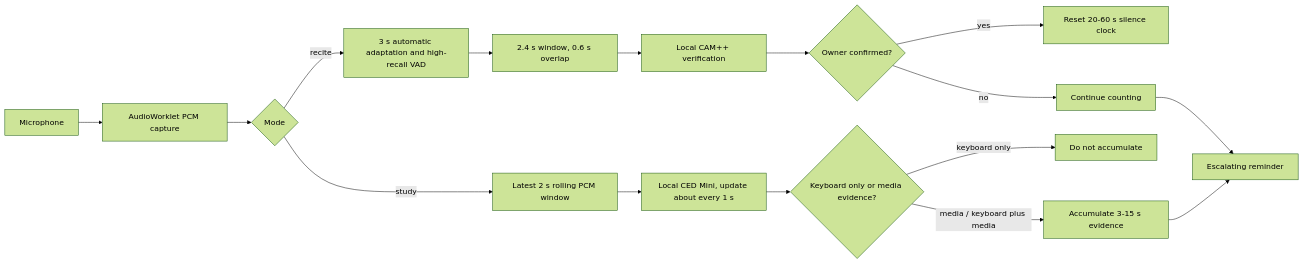
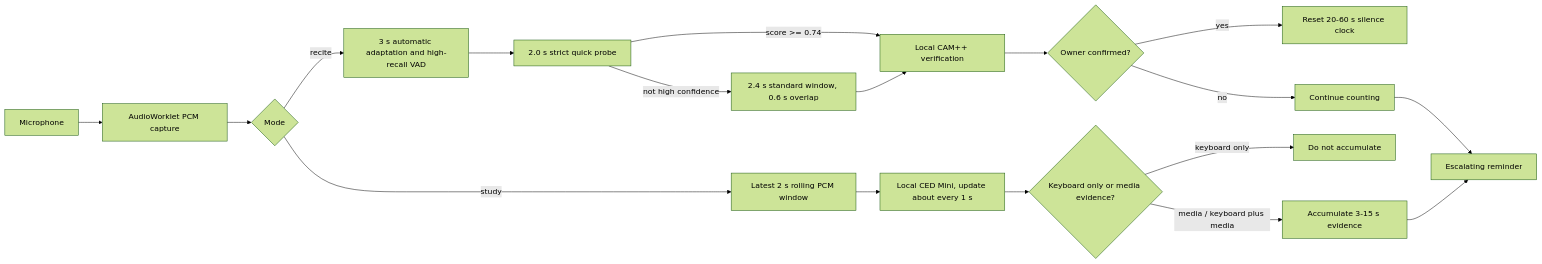
The third of 3 diagrams in docs/ARCHITECTURE.md (bwai0640-arch/red-watch-recite), drawn with Mermaid (forest theme) before and after one commit. The commit also changed other lines of this file and 15 other files, not shown here.

````diff
--- a/docs/ARCHITECTURE.md
+++ b/docs/ARCHITECTURE.md
@@ -57,18 +57,20 @@
 ```mermaid
 flowchart LR
     Mic["Microphone"] --> Worklet["AudioWorklet PCM capture"]
     Worklet --> Mode{"Mode"}
     Mode -->|"recite"| VAD["3 s automatic adaptation and high-recall VAD"]
-    VAD --> Window["2.4 s window, 0.6 s overlap"]
-    Window --> Verify["Local CAM++ verification"]
+    VAD --> Quick["2.0 s strict quick probe"]
+    Quick -->|"not high confidence"| Window["2.4 s standard window, 0.6 s overlap"]
+    Quick -->|"score >= 0.74"| Verify["Local CAM++ verification"]
+    Window --> Verify
     Verify --> Owner{"Owner confirmed?"}
     Owner -->|"yes"| Reset["Reset 20-60 s silence clock"]
     Owner -->|"no"| ReciteCount["Continue counting"]
     Mode -->|"study"| Roll["Latest 2 s rolling PCM window"]
     Roll --> CED["Local CED Mini, update about every 1 s"]
     CED --> Event{"Keyboard only or media evidence?"}
     Event -->|"keyboard only"| Ignore["Do not accumulate"]
     Event -->|"media / keyboard plus media"| Quiet["Accumulate 3-15 s evidence"]
     ReciteCount --> Alert["Escalating reminder"]
     Quiet --> Alert
 ```
````
